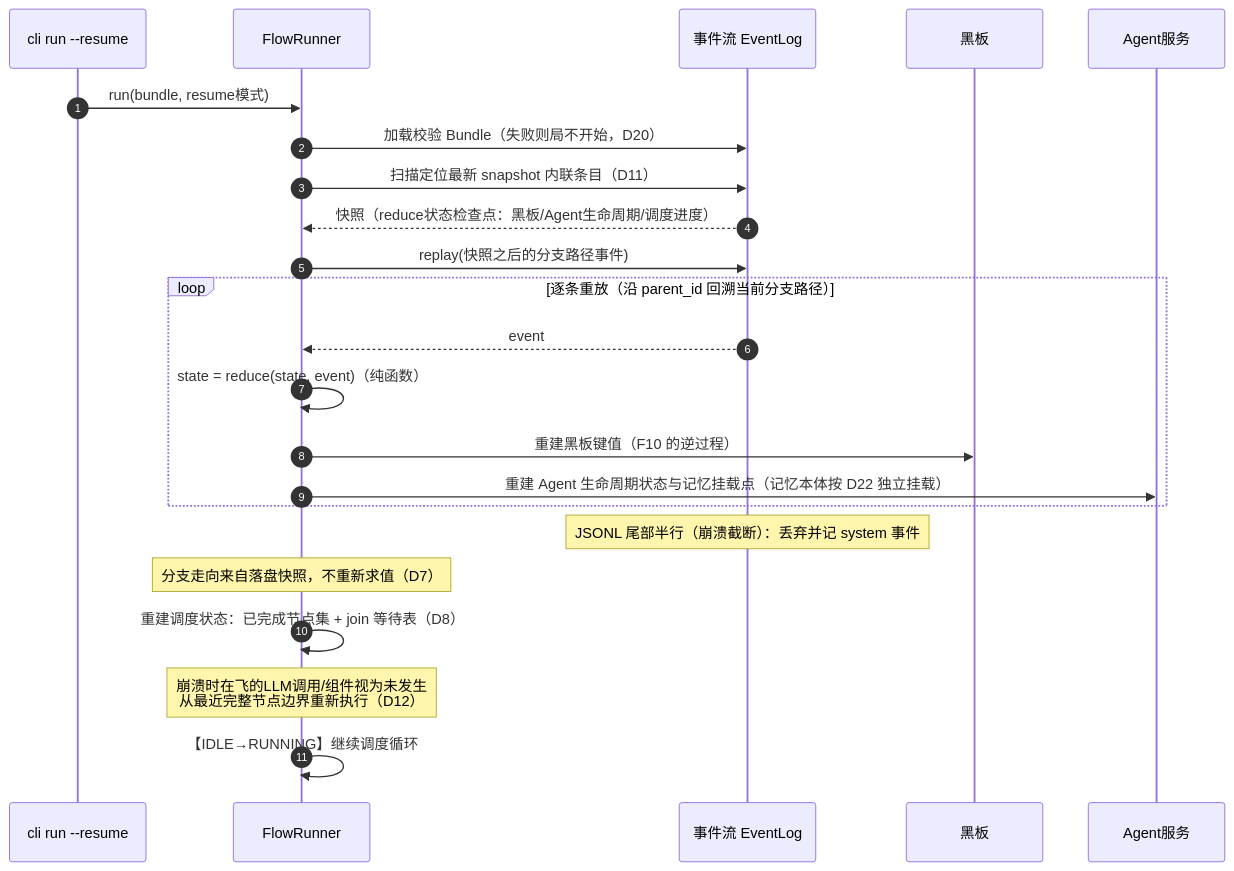
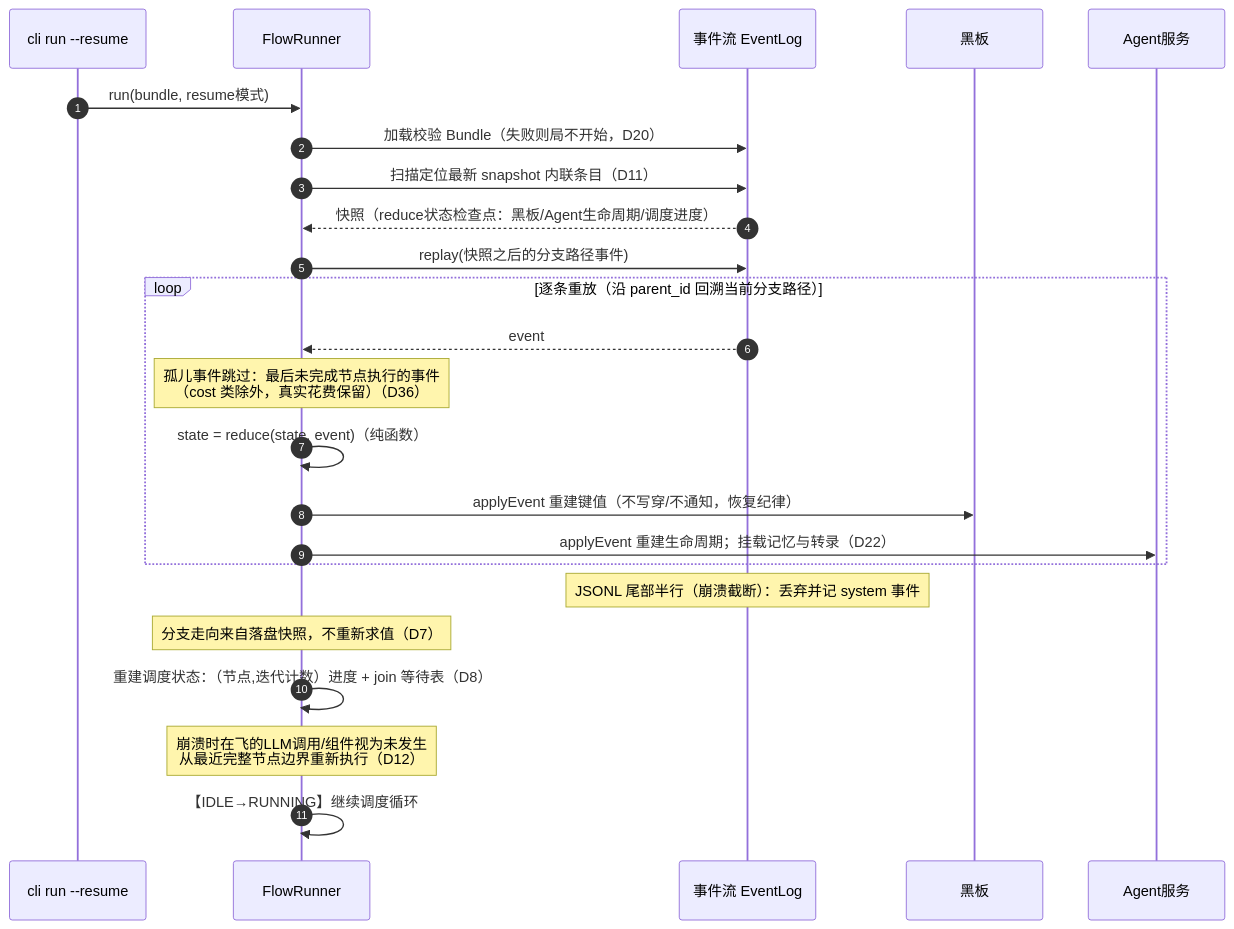
The fourth of 7 diagrams in docs/design/runtime-architecture.md (rel-lit/ThinkingArena), drawn with Mermaid before and after one commit. The commit also changed other lines of this file and 16 other files, not shown here.

Commit message:
docs：开始Schema前

````diff
--- a/docs/design/runtime-architecture.md
+++ b/docs/design/runtime-architecture.md
@@ -254,28 +283,29 @@
 ```mermaid
 sequenceDiagram
     autonumber
     participant CLI as cli run --resume
     participant R as FlowRunner
     participant EL as 事件流 EventLog
     participant BB as 黑板
     participant AG as Agent服务
 
     CLI->>R: run(bundle, resume模式)
     R->>EL: 加载校验 Bundle（失败则局不开始，D20）
     R->>EL: 扫描定位最新 snapshot 内联条目（D11）
     EL-->>R: 快照（reduce状态检查点：黑板/Agent生命周期/调度进度）
 
     R->>EL: replay(快照之后的分支路径事件)
     loop 逐条重放（沿 parent_id 回溯当前分支路径）
         EL-->>R: event
+        Note over R: 孤儿事件跳过：最后未完成节点执行的事件<br/>（cost 类除外，真实花费保留）（D36）
         R->>R: state = reduce(state, event)（纯函数）
-        R->>BB: 重建黑板键值（F10 的逆过程）
-        R->>AG: 重建 Agent 生命周期状态与记忆挂载点（记忆本体按 D22 独立挂载）
+        R->>BB: applyEvent 重建键值（不写穿/不通知，恢复纪律）
+        R->>AG: applyEvent 重建生命周期；挂载记忆与转录（D22）
     end
 
     Note over EL: JSONL 尾部半行（崩溃截断）：丢弃并记 system 事件
     Note over R: 分支走向来自落盘快照，不重新求值（D7）
-    R->>R: 重建调度状态：已完成节点集 + join 等待表（D8）
+    R->>R: 重建调度状态：（节点,迭代计数）进度 + join 等待表（D8）
     Note over R: 崩溃时在飞的LLM调用/组件视为未发生<br/>从最近完整节点边界重新执行（D12）
     R->>R: 【IDLE→RUNNING】继续调度循环
 ```
````
